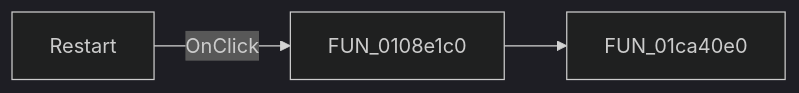
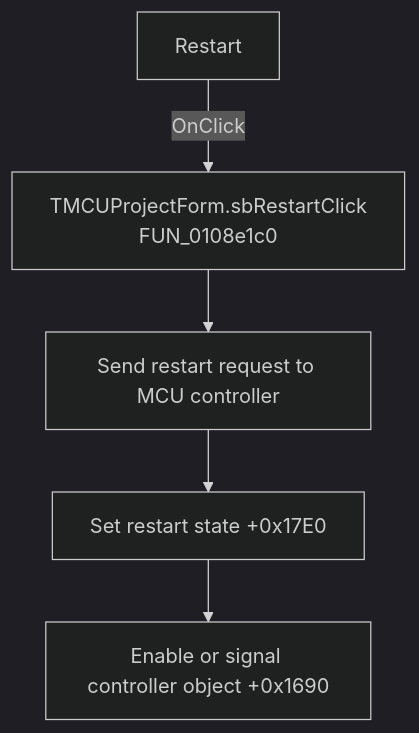
Before and after one commit to MovGP0/TIARA: the diagram in docs/ui-controls/mcuprojectform/sbrestart-abd206d6e5.md, drawn with Mermaid (dark theme). The commit also changed other lines of this file and 1062 other files, not shown here.

````diff
--- a/docs/ui-controls/mcuprojectform/sbrestart-abd206d6e5.md
+++ b/docs/ui-controls/mcuprojectform/sbrestart-abd206d6e5.md
@@ -27,5 +27,7 @@
 ```mermaid
-flowchart LR
-    control["Restart"] -->|OnClick| handler["FUN_0108e1c0"]
-    handler --> call1["FUN_01ca40e0"]
+flowchart TD
+    control["Restart"] -->|OnClick| handler["TMCUProjectForm.sbRestartClick<br/>FUN_0108e1c0"]
+    handler --> controller["Send restart request to MCU controller"]
+    controller --> state["Set restart state +0x17E0"]
+    state --> signal["Enable or signal controller object +0x1690"]
 ```
````
